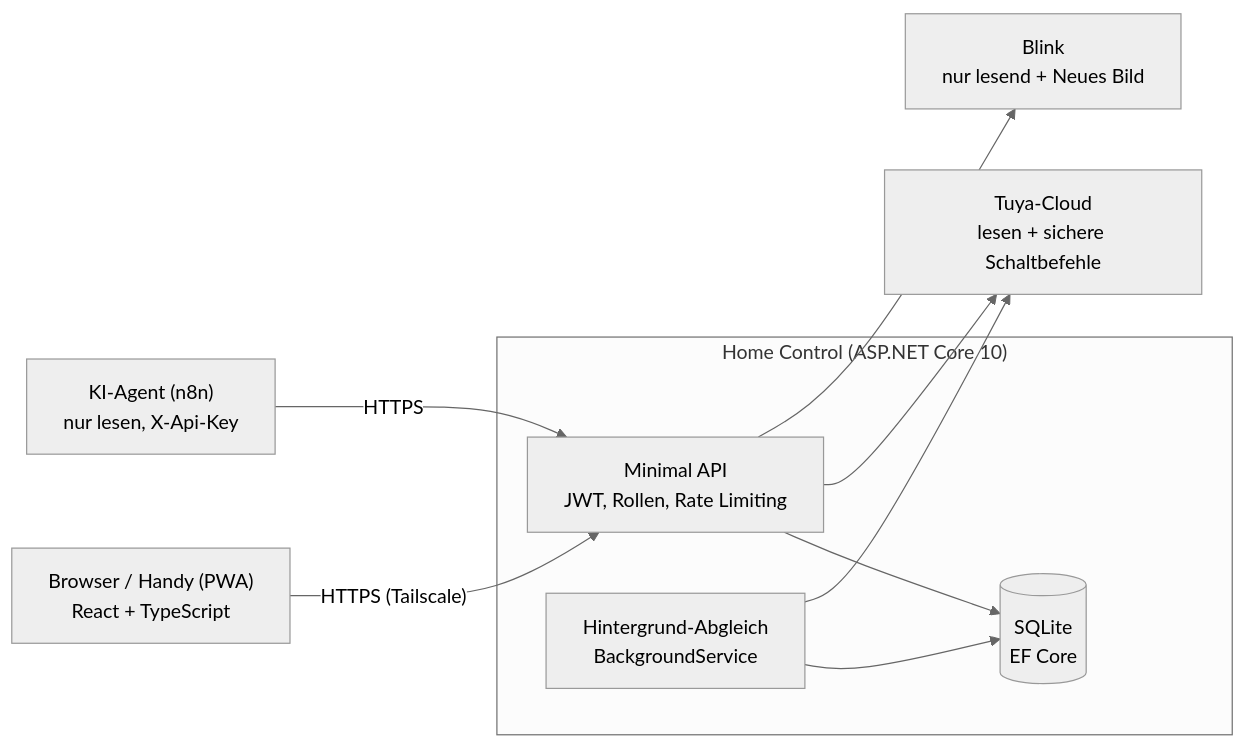
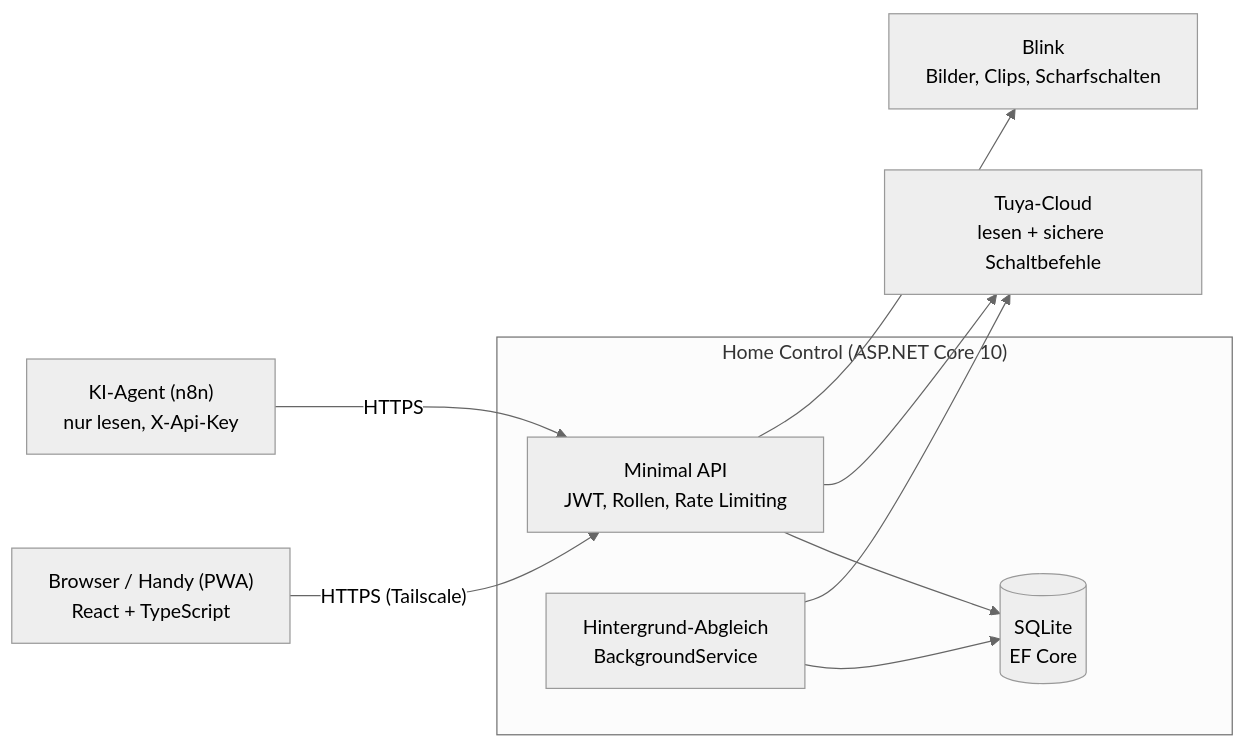
One commit to bmkbauservice-hue/Home-Control changed the diagram in README.md. Above: the diagram before and after it, drawn with Mermaid (neutral theme). The commit also changed other lines of this file and 5 other files, not shown here.

````diff
--- a/README.md
+++ b/README.md
@@ -92,20 +92,20 @@
 ```mermaid
 flowchart LR
     Browser["Browser / Handy (PWA)<br>React + TypeScript"]
     Agent["KI-Agent (n8n)<br>nur lesen, X-Api-Key"]
     subgraph Server["Home Control (ASP.NET Core 10)"]
         API["Minimal API<br>JWT, Rollen, Rate Limiting"]
         Sync["Hintergrund-Abgleich<br>BackgroundService"]
         DB[("SQLite<br>EF Core")]
     end
     Tuya["Tuya-Cloud<br>lesen + sichere Schaltbefehle"]
-    Blink["Blink<br>nur lesend + Neues Bild"]
+    Blink["Blink<br>Bilder, Clips, Scharfschalten"]
 
     Browser -- "HTTPS (Tailscale)" --> API
     Agent -- HTTPS --> API
     API --> DB
     Sync --> DB
     Sync --> Tuya
     API --> Tuya
     API --> Blink
 ```
````
